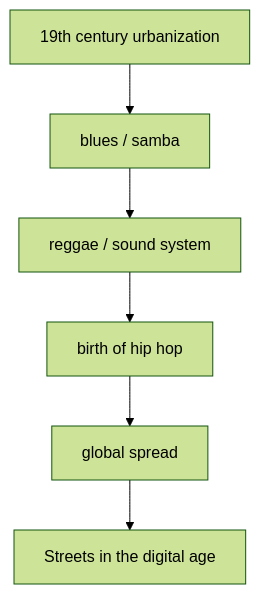
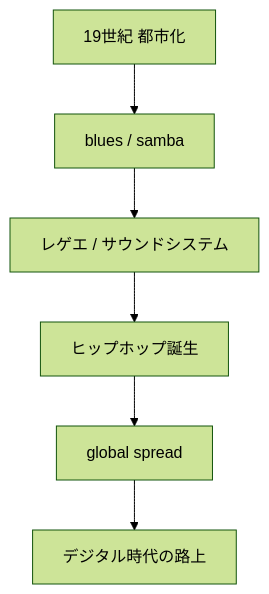
The diagram in en/_posts/2026-02-28-column-street-music-history.md (monumental-movement/monumental-movement.github.io), drawn with Mermaid (forest theme) before and after one commit. The commit also changed other lines of this file and 2196 other files, not shown here.

```diff
--- a/en/_posts/2026-02-28-column-street-music-history.md
+++ b/en/_posts/2026-02-28-column-street-music-history.md
@@ -114,8 +113,8 @@
 <div class="mermaid">
 graph TD
-A[19th century urbanization] --> B[blues / samba]
-B --> C[reggae / sound system]
-C --> D[birth of hip hop]
+A[19世紀 都市化] --> B[blues / samba]
+B --> C[レゲエ / サウンドシステム]
+C --> D[ヒップホップ誕生]
 D --> E[global spread]
-E --> F[Streets in the digital age]
+E --> F[デジタル時代の路上]
 </div>
```
